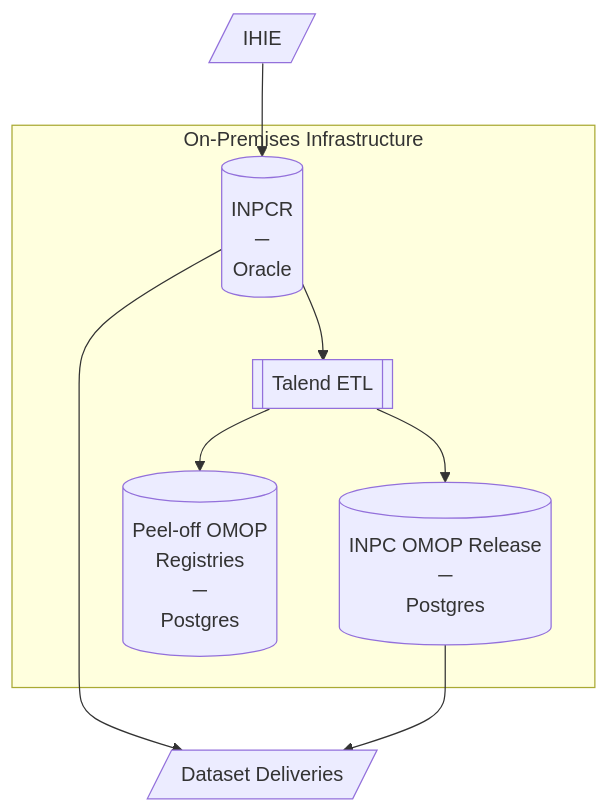
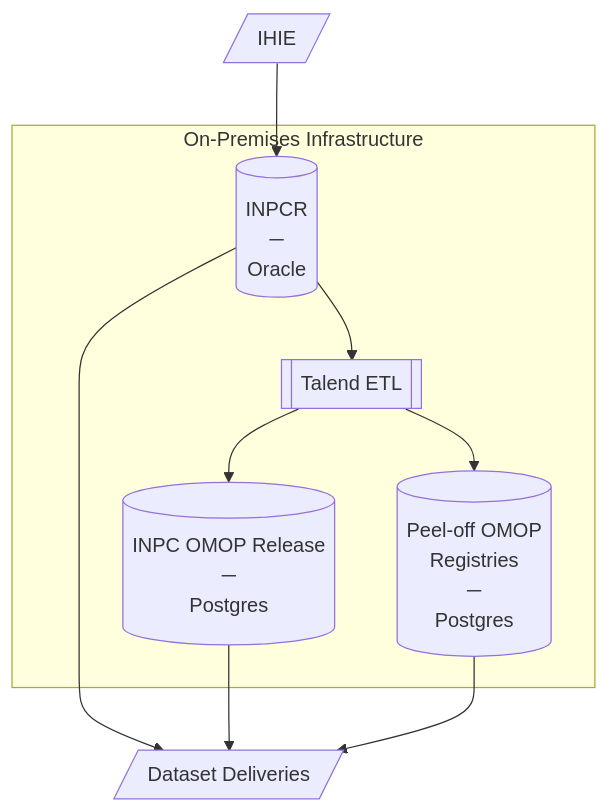
One commit to am202/documentation changed the first of 3 diagrams in README.md. Above: the diagram before and after it, drawn with Mermaid. The commit also changed other lines of this file, not shown here.

````diff
--- a/README.md
+++ b/README.md
@@ -3,20 +3,21 @@
 ```mermaid
   flowchart TD
       ExtData[/"IHIE"/]
 
       subgraph onprem["On-Premises Infrastructure"]
           INPCR[("INPCR\n─\nOracle")]
           Talend[["Talend ETL"]]
           OMOP[("INPC OMOP Release\n─\nPostgres")]
           Registries[("Peel-off OMOP\nRegistries\n─\nPostgres")]
       end
 
       Deliveries[/"Dataset Deliveries"/]
 
       ExtData --> INPCR
       INPCR --> Talend
       INPCR --> Deliveries
       Talend --> OMOP
       Talend --> Registries
       OMOP --> Deliveries
+      Registries --> Deliveries
 ```
````
